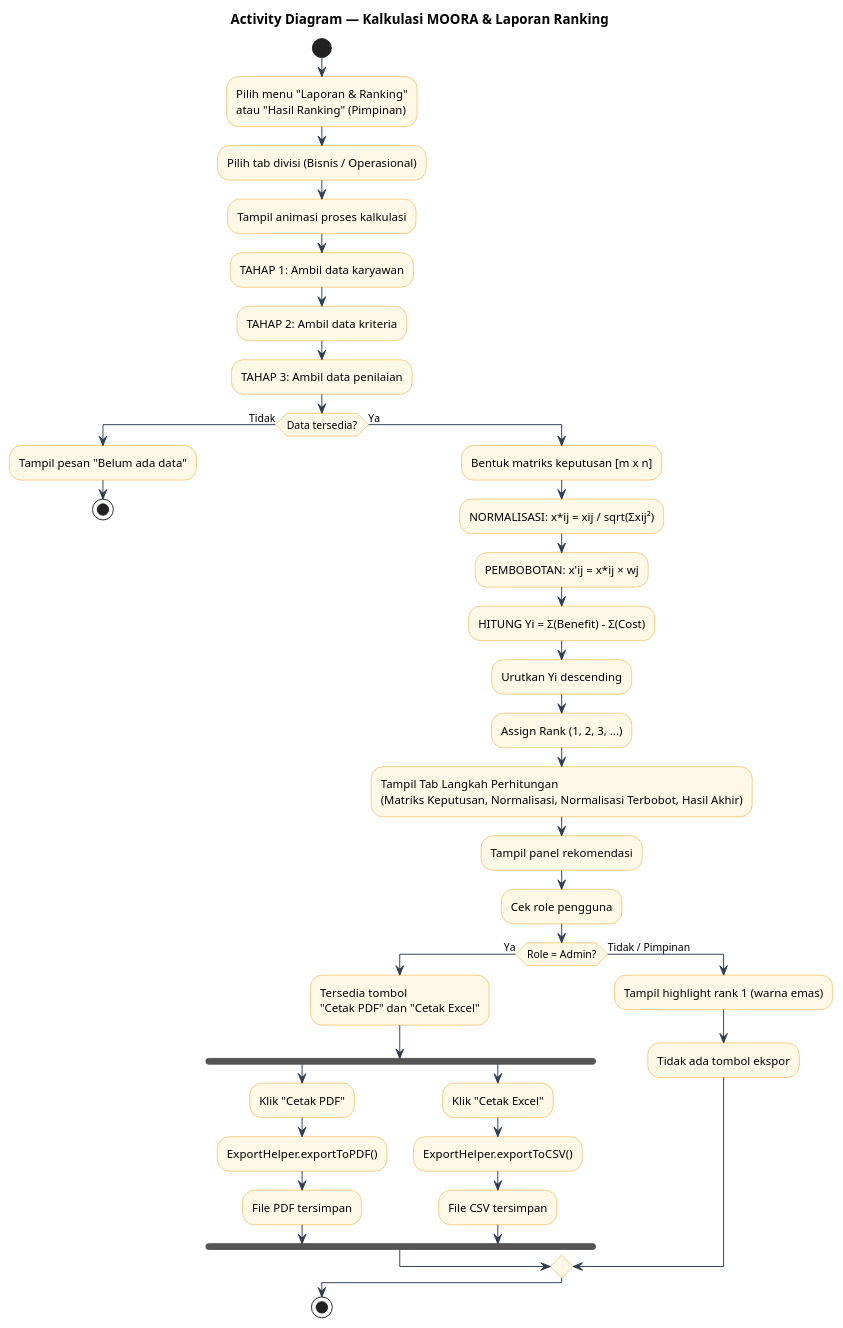
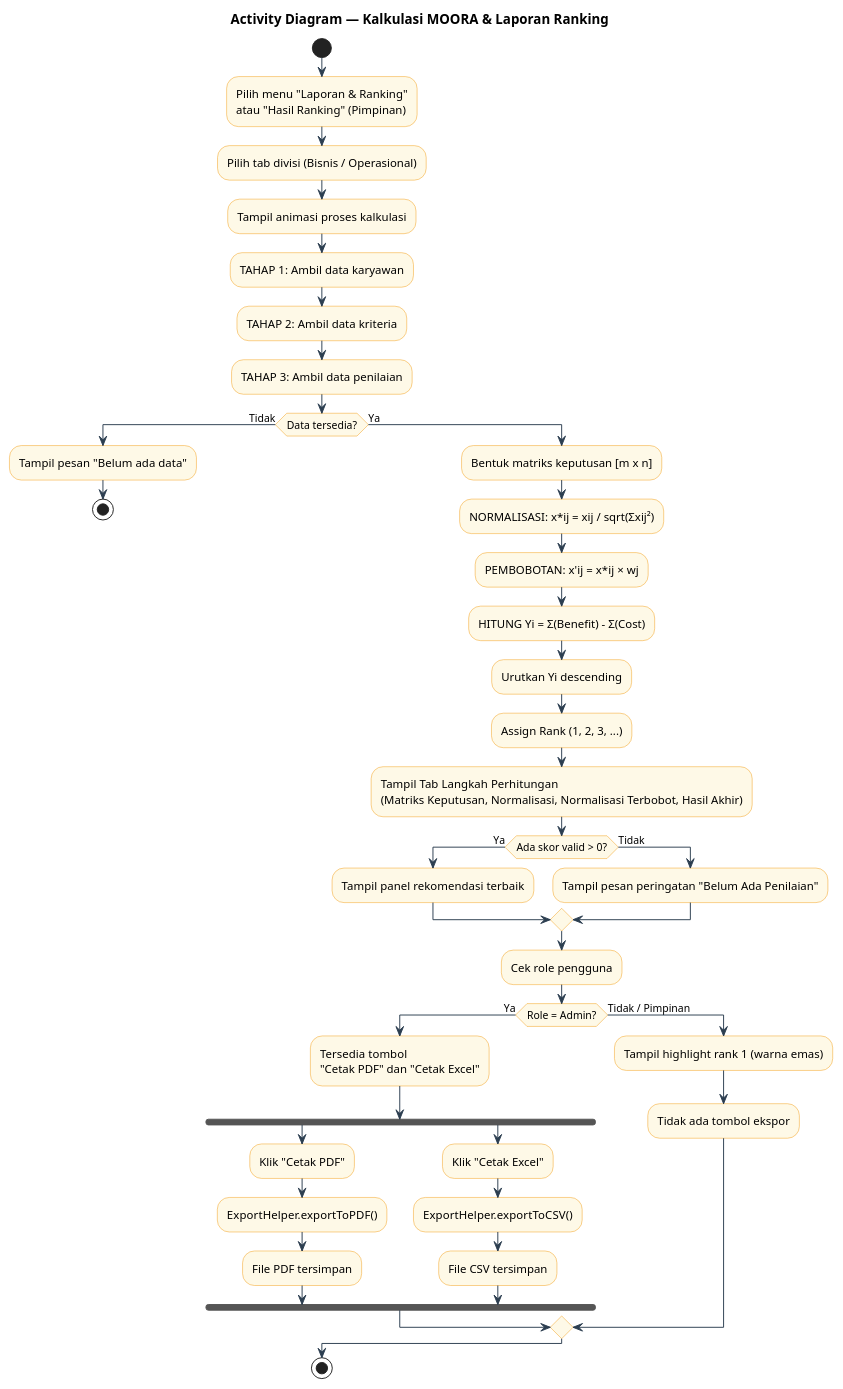
One commit to caidenrev/spk-bri-2.0 changed the fifth of 14 diagrams in BAB4_DIAGRAM.md. Above: the diagram before and after it, drawn with PlantUML. The commit also changed other lines of this file and 21 other files, not shown here.

````diff
--- a/BAB4_DIAGRAM.md
+++ b/BAB4_DIAGRAM.md
@@ -223,49 +225,53 @@
 ```plantuml
 @startuml ActivityMoora
 skinparam activityBackgroundColor #FEF9E7
 skinparam activityBorderColor #F39C12
 skinparam arrowColor #2C3E50
 title Activity Diagram — Kalkulasi MOORA & Laporan Ranking
 
 start
 :Pilih menu "Laporan & Ranking"\natau "Hasil Ranking" (Pimpinan);
 :Pilih tab divisi (Bisnis / Operasional);
 :Tampil animasi proses kalkulasi;
 
 :TAHAP 1: Ambil data karyawan;
 :TAHAP 2: Ambil data kriteria;
 :TAHAP 3: Ambil data penilaian;
 
 if (Data tersedia?) then (Tidak)
   :Tampil pesan "Belum ada data";
   stop
 else (Ya)
   :Bentuk matriks keputusan [m x n];
   :NORMALISASI: x*ij = xij / sqrt(Σxij²);
   :PEMBOBOTAN: x'ij = x*ij × wj;
   :HITUNG Yi = Σ(Benefit) - Σ(Cost);
   :Urutkan Yi descending;
   :Assign Rank (1, 2, 3, ...);
   :Tampil Tab Langkah Perhitungan\n(Matriks Keputusan, Normalisasi, Normalisasi Terbobot, Hasil Akhir);
-  :Tampil panel rekomendasi;
+  if (Ada skor valid > 0?) then (Ya)
+    :Tampil panel rekomendasi terbaik;
+  else (Tidak)
+    :Tampil pesan peringatan "Belum Ada Penilaian";
+  endif
   :Cek role pengguna;
 
   if (Role = Admin?) then (Ya)
     :Tersedia tombol\n"Cetak PDF" dan "Cetak Excel";
     fork
       :Klik "Cetak PDF";
       :ExportHelper.exportToPDF();
       :File PDF tersimpan;
     fork again
       :Klik "Cetak Excel";
       :ExportHelper.exportToCSV();
       :File CSV tersimpan;
     end fork
   else (Tidak / Pimpinan)
     :Tampil highlight rank 1 (warna emas);
     :Tidak ada tombol ekspor;
   endif
 endif
 stop
 @enduml
 ```
````
